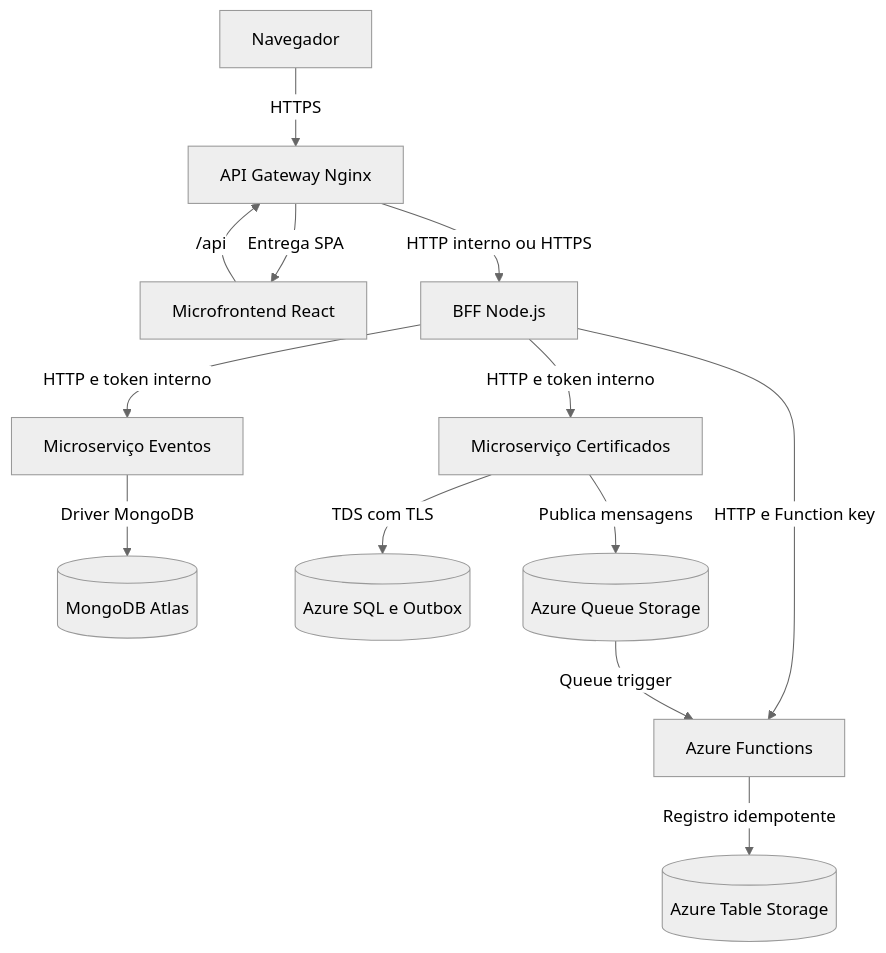
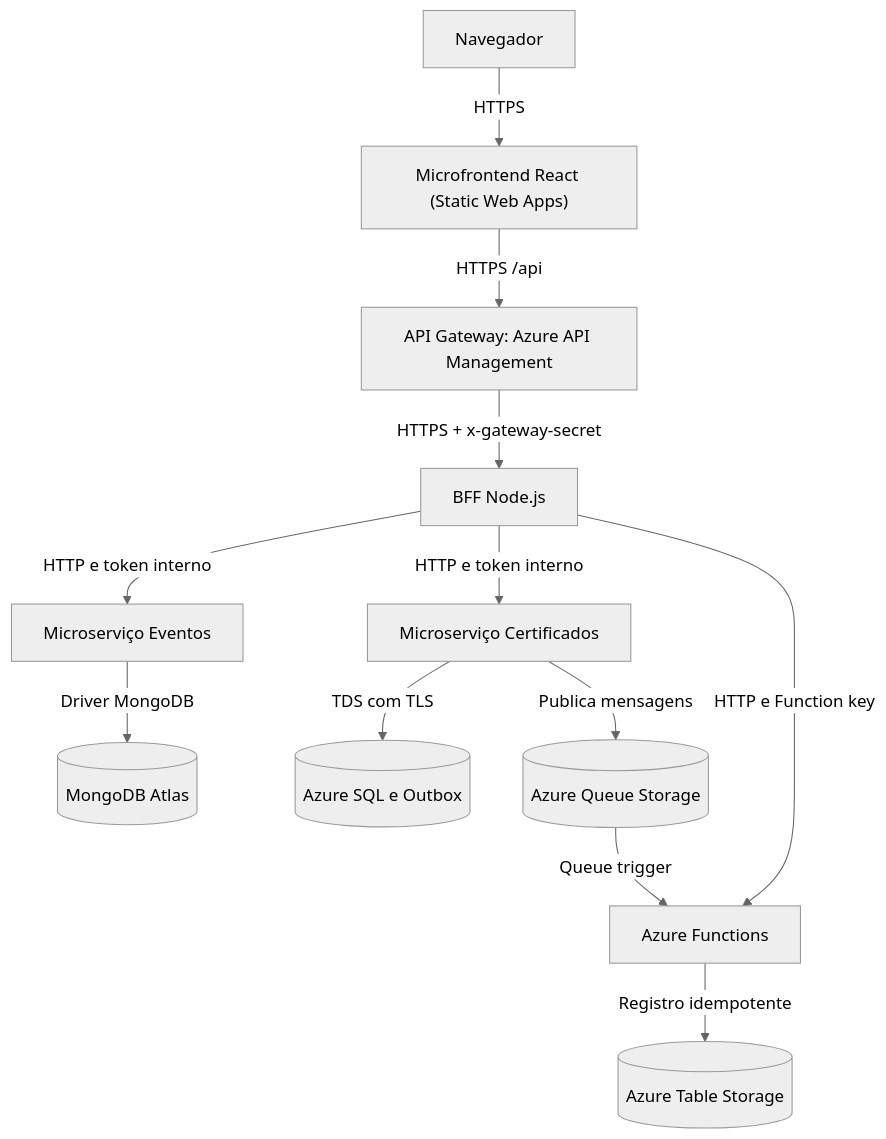
Before and after one commit to leosmkk/conectacampus: the second of 3 diagrams in docs/c4.md, drawn with Mermaid (neutral theme). The commit also changed other lines of this file and 12 other files, not shown here.

````diff
--- a/docs/c4.md
+++ b/docs/c4.md
@@ -15,15 +15,14 @@
 ```mermaid
 flowchart TB
-  user["Navegador"] -->|"HTTPS"| gateway["API Gateway Nginx"]
-  gateway -->|"Entrega SPA"| frontend["Microfrontend React"]
-  frontend -->|"/api"| gateway
-  gateway -->|"HTTP interno ou HTTPS"| bff["BFF Node.js"]
+  user["Navegador"] -->|"HTTPS"| frontend["Microfrontend React (Static Web Apps)"]
+  frontend -->|"HTTPS /api"| gateway["API Gateway: Azure API Management"]
+  gateway -->|"HTTPS + x-gateway-secret"| bff["BFF Node.js"]
   bff -->|"HTTP e token interno"| eventos["Microserviço Eventos"]
   bff -->|"HTTP e token interno"| certificados["Microserviço Certificados"]
   bff -->|"HTTP e Function key"| func["Azure Functions"]
   eventos -->|"Driver MongoDB"| mongo[("MongoDB Atlas")]
   certificados -->|"TDS com TLS"| sql[("Azure SQL e Outbox")]
   certificados -->|"Publica mensagens"| queue[("Azure Queue Storage")]
   queue -->|"Queue trigger"| func
   func -->|"Registro idempotente"| ledger[("Azure Table Storage")]
 ```
````
